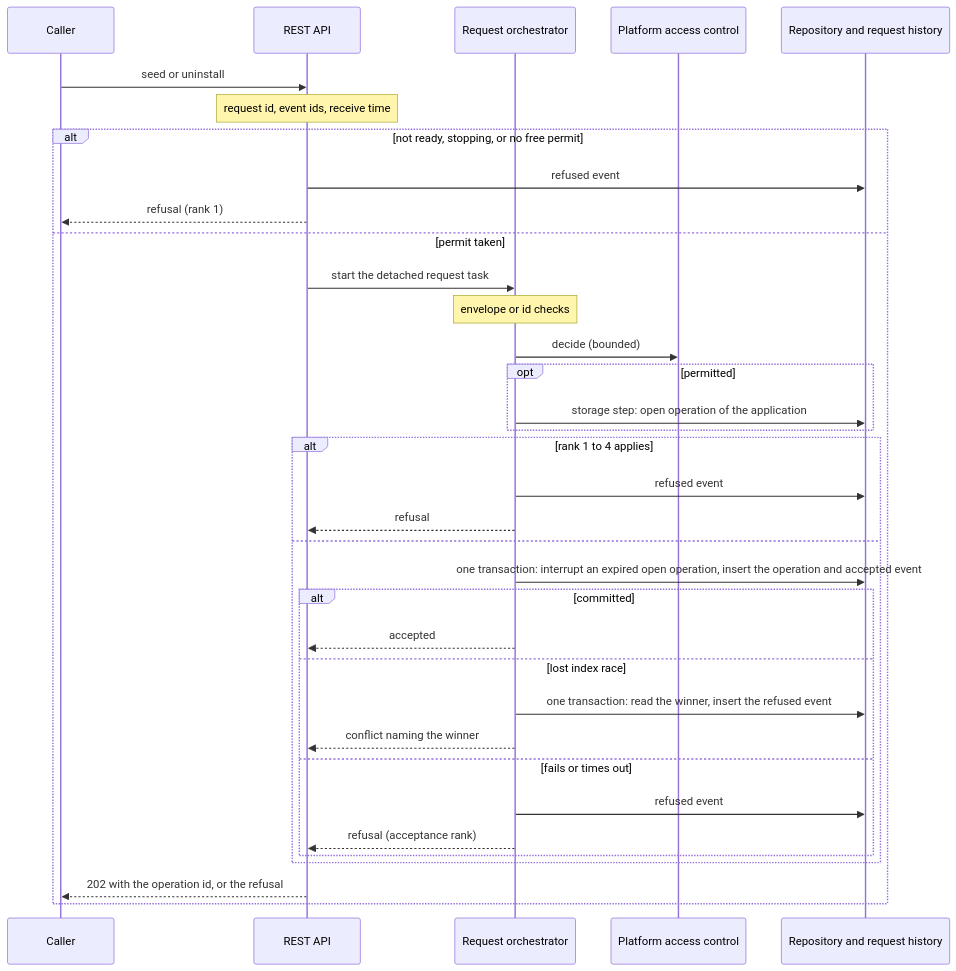
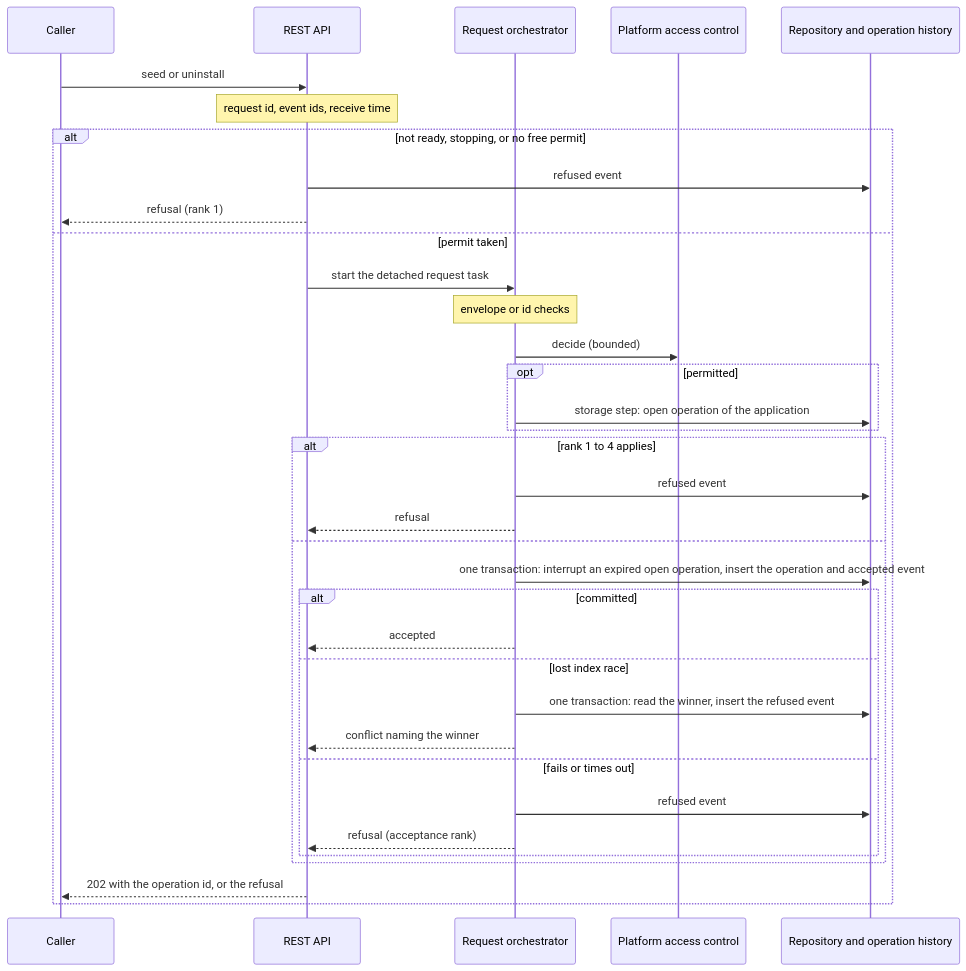
The fourth of 6 diagrams in gears/system/application-manager/docs/DESIGN.md (constructorfabric/gears-rust), drawn with Mermaid before and after one commit. The commit also changed other lines of this file and 3 other files, not shown here.

Commit message:
Renamed request history to operation history

````diff
--- a/gears/system/application-manager/docs/DESIGN.md
+++ b/gears/system/application-manager/docs/DESIGN.md
@@ -572,37 +574,37 @@
 ```mermaid
 sequenceDiagram
     participant C as Caller
     participant API as REST API
     participant O as Request orchestrator
     participant PDP as Platform access control
-    participant R as Repository and request history
+    participant R as Repository and operation history
     C ->> API: seed or uninstall
     Note over API: request id, event ids, receive time
     alt not ready, stopping, or no free permit
         API ->> R: refused event
         API -->> C: refusal (rank 1)
     else permit taken
         API ->> O: start the detached request task
         Note over O: envelope or id checks
         O ->> PDP: decide (bounded)
         opt permitted
             O ->> R: storage step: open operation of the application
         end
         alt rank 1 to 4 applies
             O ->> R: refused event
             O -->> API: refusal
         else
             O ->> R: one transaction: interrupt an expired open operation, insert the operation and accepted event
             alt committed
                 O -->> API: accepted
             else lost index race
                 O ->> R: one transaction: read the winner, insert the refused event
                 O -->> API: conflict naming the winner
             else fails or times out
                 O ->> R: refused event
                 O -->> API: refusal (acceptance rank)
             end
         end
         API -->> C: 202 with the operation id, or the refusal
     end
 ```
````
